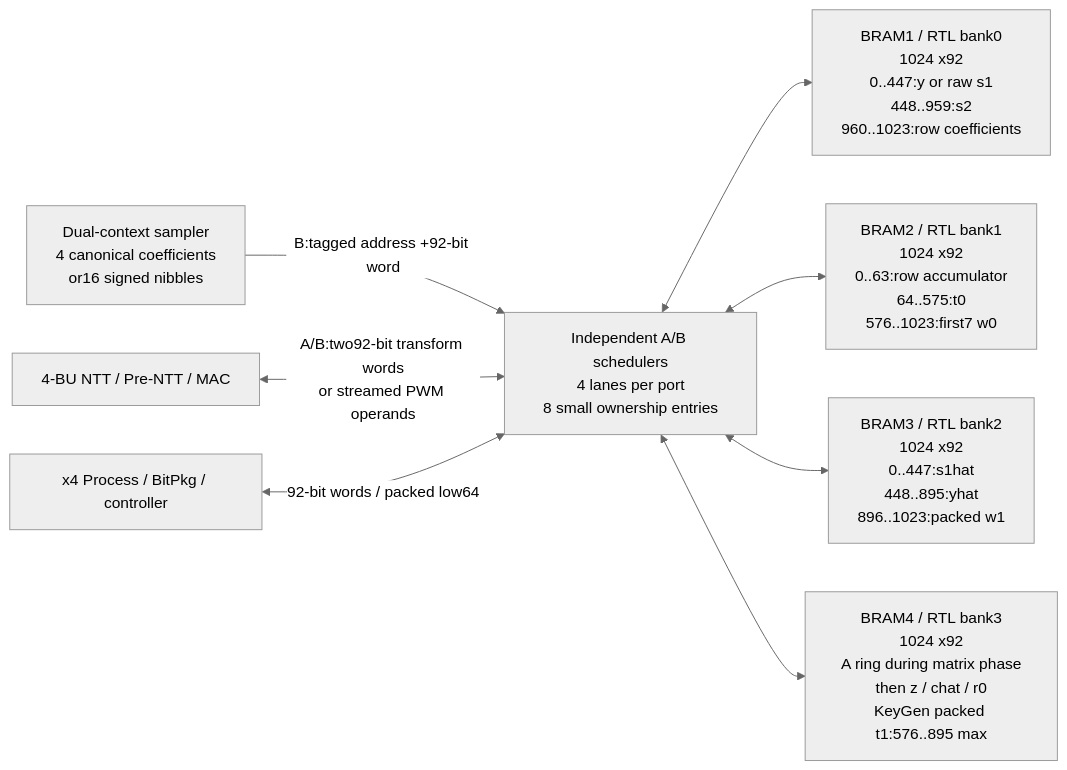
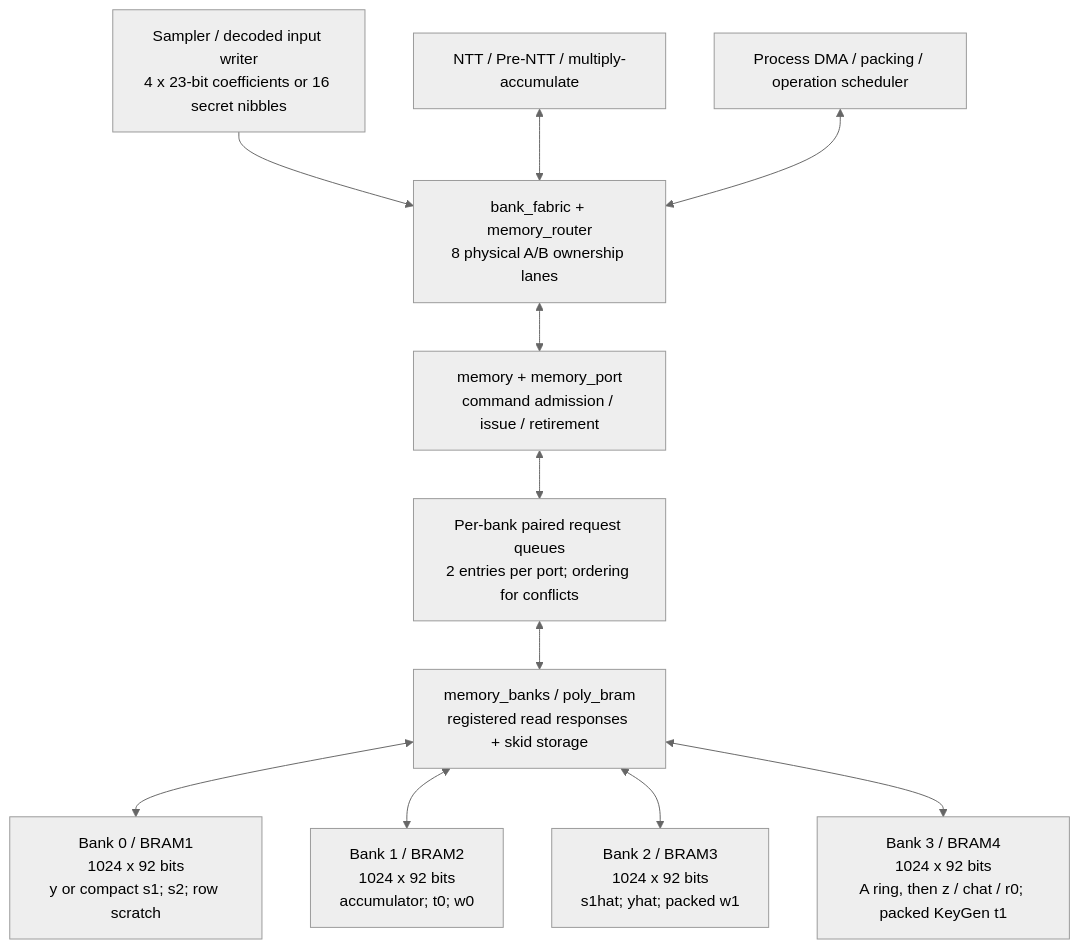
The diagram in docs/dilithium_docs/MEMORY_MAP.md (AbdulAhad36/dilithium-hp-hw), drawn with Mermaid (neutral theme) before and after one commit. The commit also changed other lines of this file and 312 other files, not shown here.

````diff
--- a/docs/dilithium_docs/MEMORY_MAP.md
+++ b/docs/dilithium_docs/MEMORY_MAP.md
@@ -117,14 +15,17 @@
 ```mermaid
-flowchart LR
-  SAMPLE["Dual-context sampler<br/>4 canonical coefficients<br/>or16 signed nibbles"] -->|"B:tagged address +92-bit word"| PORTS
-  NTT["4-BU NTT / Pre-NTT / MAC"] <-->|"A/B:two92-bit transform words<br/>or streamed PWM operands"| PORTS
-  PROCESS["x4 Process / BitPkg / controller"] <-->|"92-bit words / packed low64"| PORTS
-  PORTS["Independent A/B schedulers<br/>4 lanes per port<br/>8 small ownership entries"] <--> B1
-  PORTS <--> B2
-  PORTS <--> B3
-  PORTS <--> B4
-  B1["BRAM1 / RTL bank0<br/>1024 x92<br/>0..447:y or raw s1<br/>448..959:s2<br/>960..1023:row coefficients"]
-  B2["BRAM2 / RTL bank1<br/>1024 x92<br/>0..63:row accumulator<br/>64..575:t0<br/>576..1023:first7 w0"]
-  B3["BRAM3 / RTL bank2<br/>1024 x92<br/>0..447:s1hat<br/>448..895:yhat<br/>896..1023:packed w1"]
-  B4["BRAM4 / RTL bank3<br/>1024 x92<br/>A ring during matrix phase<br/>then z / chat / r0<br/>KeyGen packed t1:576..895 max"]
+flowchart TD
+  S["Sampler / decoded input writer<br/>4 x 23-bit coefficients or 16 secret nibbles"] --> ROUTE
+  N["NTT / Pre-NTT / multiply-accumulate"] <--> ROUTE
+  P["Process DMA / packing / operation scheduler"] <--> ROUTE
+  ROUTE["bank_fabric + memory_router<br/>8 physical A/B ownership lanes"] <--> CTRL
+  CTRL["memory + memory_port<br/>command admission / issue / retirement"] <--> QUEUE
+  QUEUE["Per-bank paired request queues<br/>2 entries per port; ordering for conflicts"] <--> BANKS
+  BANKS["memory_banks / poly_bram<br/>registered read responses + skid storage"] <--> B0
+  BANKS <--> B1
+  BANKS <--> B2
+  BANKS <--> B3
+  B0["Bank 0 / BRAM1<br/>1024 x 92 bits<br/>y or compact s1; s2; row scratch"]
+  B1["Bank 1 / BRAM2<br/>1024 x 92 bits<br/>accumulator; t0; w0"]
+  B2["Bank 2 / BRAM3<br/>1024 x 92 bits<br/>s1hat; yhat; packed w1"]
+  B3["Bank 3 / BRAM4<br/>1024 x 92 bits<br/>A ring, then z / chat / r0; packed KeyGen t1"]
 ```
````
